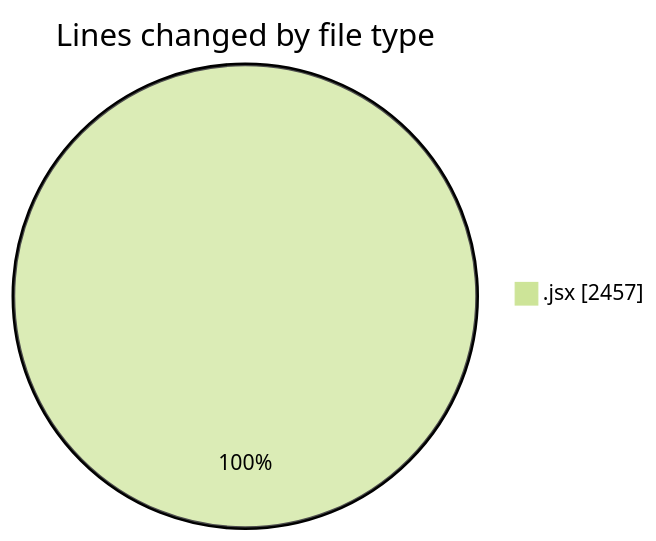
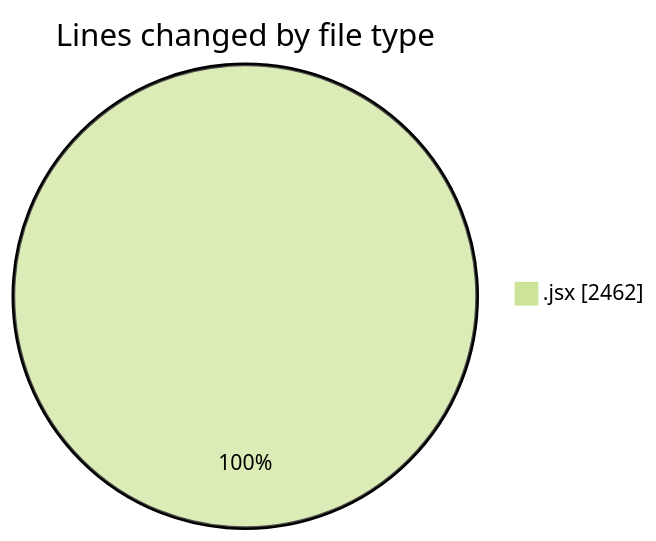
Before and after one commit to nxtqubesakshisongat/code-tracking: the first of 2 diagrams in 2025-05-23/nxtqube_webapp/README.md, drawn with Mermaid (forest theme). The commit also changed other lines of this file and 1 other file, not shown here.

````diff
--- a/2025-05-23/nxtqube_webapp/README.md
+++ b/2025-05-23/nxtqube_webapp/README.md
@@ -21,5 +21,5 @@
 ```mermaid
 pie showData
 title Lines changed by file type
-".jsx" : 2457
+".jsx" : 2462
 ```
````
